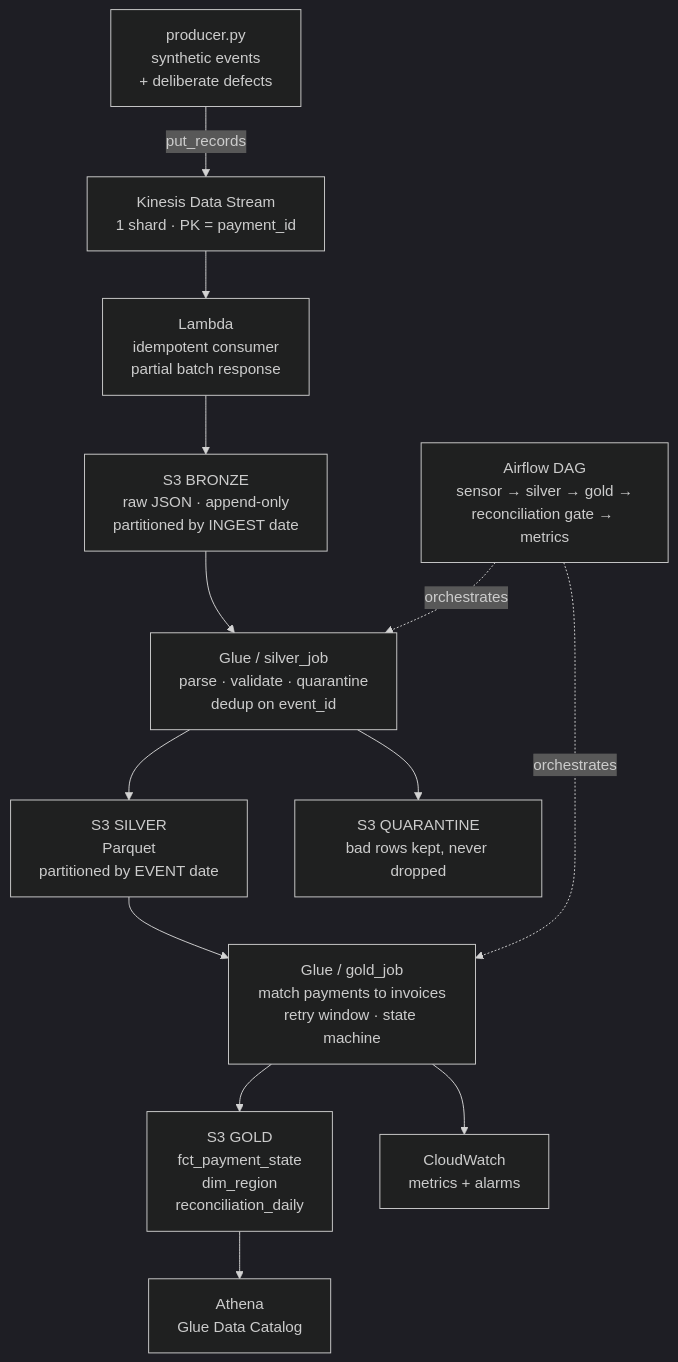
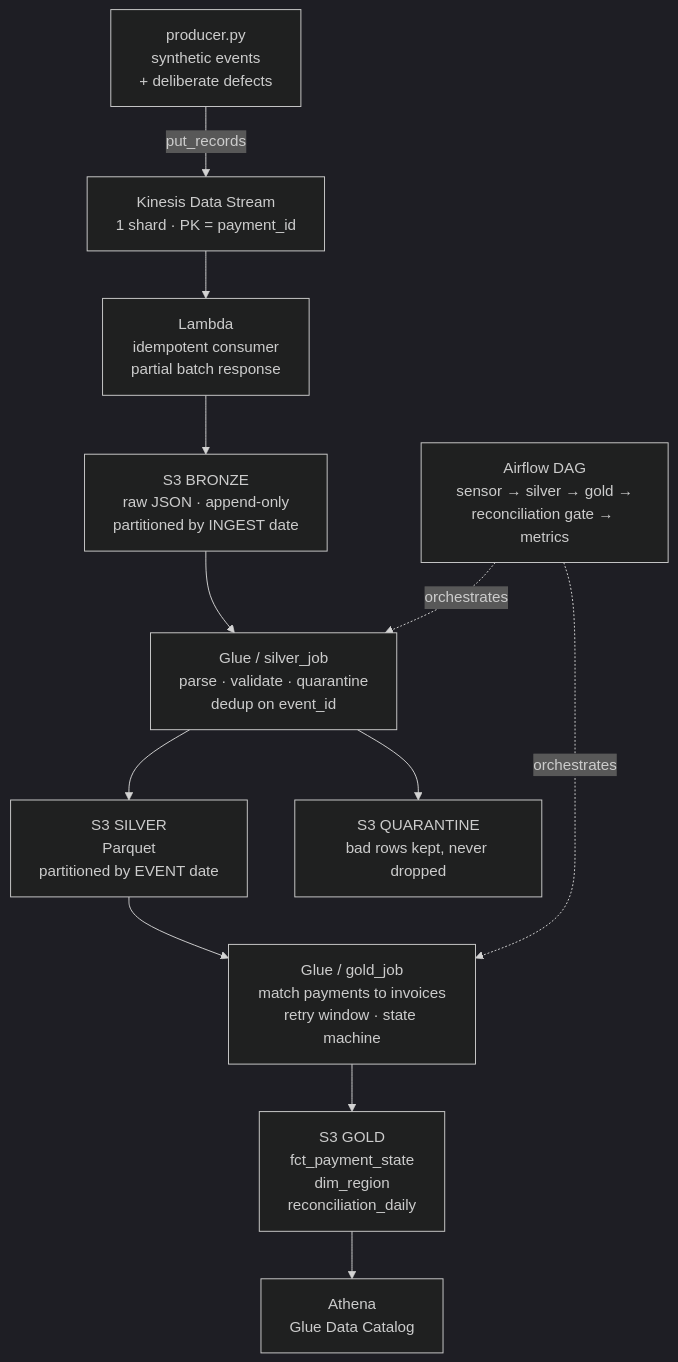
Before and after one commit to harshitagrahari87/payment-lakehouse: the first of 2 diagrams in README.md, drawn with Mermaid (dark theme). The commit also changed other lines of this file and 1 other file, not shown here.

````diff
--- a/README.md
+++ b/README.md
@@ -35,23 +45,21 @@
 ```mermaid
 flowchart TD
     P["producer.py<br/>synthetic events<br/>+ deliberate defects"]
     K["Kinesis Data Stream<br/>1 shard · PK = payment_id"]
     L["Lambda<br/>idempotent consumer<br/>partial batch response"]
     B["S3 BRONZE<br/>raw JSON · append-only<br/>partitioned by INGEST date"]
     S["Glue / silver_job<br/>parse · validate · quarantine<br/>dedup on event_id"]
     SV["S3 SILVER<br/>Parquet<br/>partitioned by EVENT date"]
     Q["S3 QUARANTINE<br/>bad rows kept, never dropped"]
     G["Glue / gold_job<br/>match payments to invoices<br/>retry window · state machine"]
     GD["S3 GOLD<br/>fct_payment_state<br/>dim_region<br/>reconciliation_daily"]
     A["Athena<br/>Glue Data Catalog"]
-    CW["CloudWatch<br/>metrics + alarms"]
     AF["Airflow DAG<br/>sensor → silver → gold →<br/>reconciliation gate → metrics"]
 
     P -->|put_records| K --> L --> B --> S
     S --> SV
     S --> Q
     SV --> G --> GD --> A
-    G --> CW
     AF -.orchestrates.-> S
     AF -.orchestrates.-> G
 ```
````
